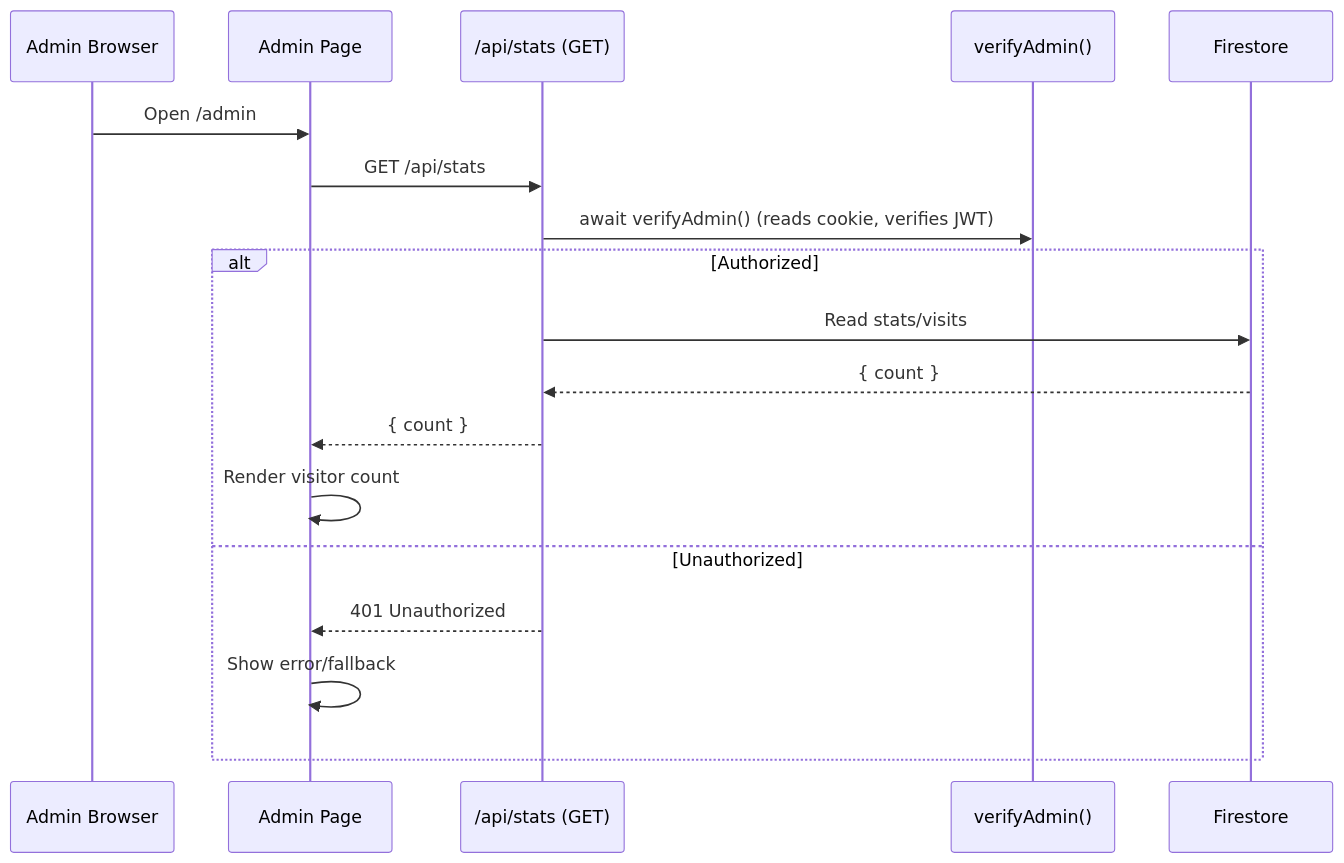
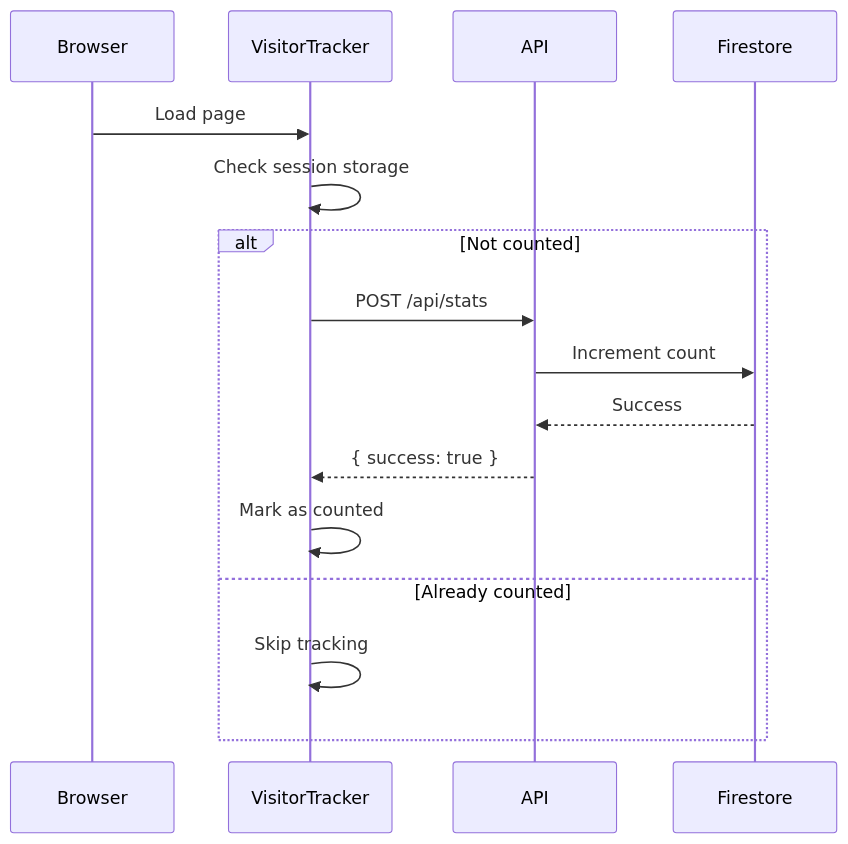
One commit to NextGenXplorer/NexGen_Website changed the second of 3 diagrams in README.md. Above: the diagram before and after it, drawn with Mermaid. The commit also changed other lines of this file, not shown here.

````diff
--- a/README.md
+++ b/README.md
@@ -158,21 +554,19 @@
 ```mermaid
 sequenceDiagram
-  participant Admin as Admin Browser
-  participant AP as Admin Page
-  participant VS as /api/stats (GET)
-  participant VA as verifyAdmin()
-  participant FB as Firestore
+    participant Browser
+    participant VisitorTracker
+    participant API
+    participant Firestore
 
-  Admin->>AP: Open /admin
-  AP->>VS: GET /api/stats
-  VS->>VA: await verifyAdmin() (reads cookie, verifies JWT)
-  alt Authorized
-    VS->>FB: Read stats/visits
-    FB-->>VS: { count }
-    VS-->>AP: { count }
-    AP->>AP: Render visitor count
-  else Unauthorized
-    VS-->>AP: 401 Unauthorized
-    AP->>AP: Show error/fallback
-  end
+    Browser->>VisitorTracker: Load page
+    VisitorTracker->>VisitorTracker: Check session storage
+    alt Not counted
+        VisitorTracker->>API: POST /api/stats
+        API->>Firestore: Increment count
+        Firestore-->>API: Success
+        API-->>VisitorTracker: { success: true }
+        VisitorTracker->>VisitorTracker: Mark as counted
+    else Already counted
+        VisitorTracker->>VisitorTracker: Skip tracking
+    end
 ```
````
